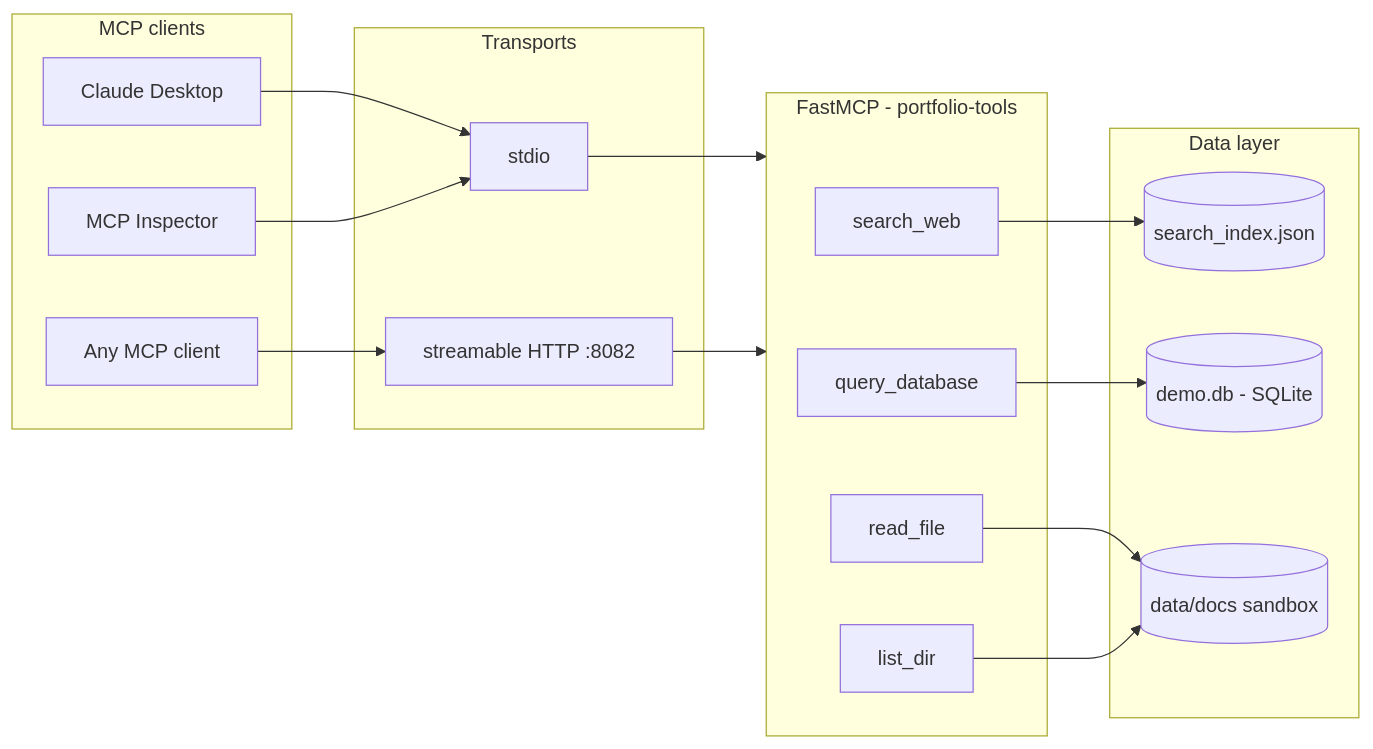
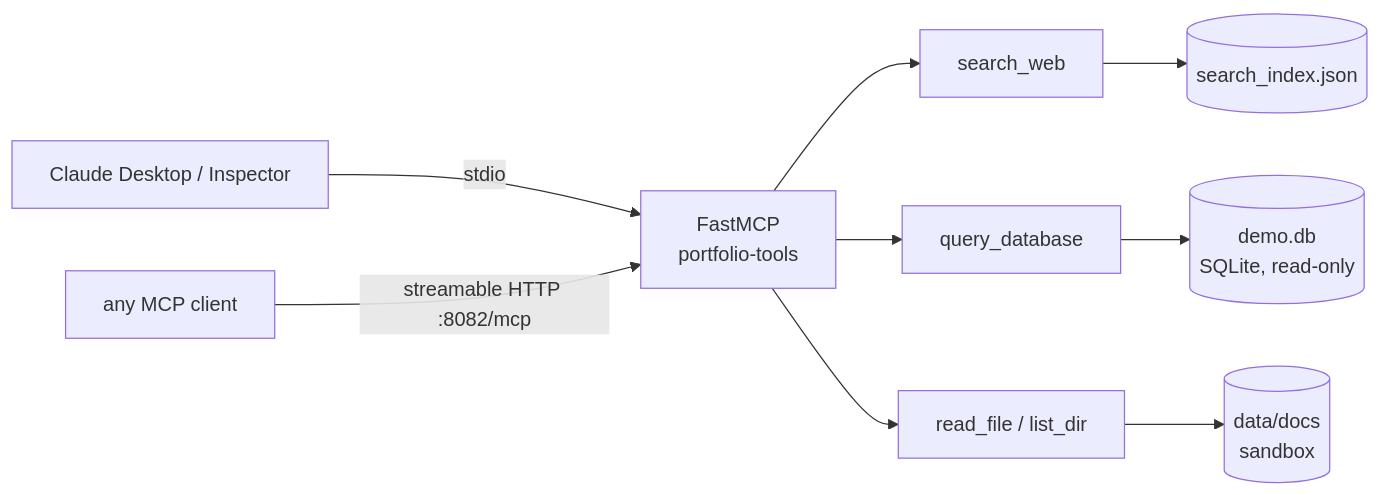
Before and after one commit to INTERpol21/mcp-tools-server: the diagram in README.md, drawn with Mermaid. The commit also changed other lines of this file, not shown here.

````diff
--- a/README.md
+++ b/README.md
@@ -30,36 +17,8 @@
 ```mermaid
 flowchart LR
-    subgraph clients["MCP clients"]
-        CD["Claude Desktop"]
-        INS["MCP Inspector"]
-        ANY["Any MCP client"]
-    end
-
-    subgraph transports["Transports"]
-        STDIO["stdio"]
-        HTTP["streamable HTTP :8082"]
-    end
-
-    subgraph server["FastMCP - portfolio-tools"]
-        SW["search_web"]
-        QD["query_database"]
-        RF["read_file"]
-        LD["list_dir"]
-    end
-
-    subgraph data["Data layer"]
-        IDX[("search_index.json")]
-        DB[("demo.db - SQLite")]
-        DOCS[("data/docs sandbox")]
-    end
-
-    CD --> STDIO
-    INS --> STDIO
-    ANY --> HTTP
-    STDIO --> server
-    HTTP --> server
-    SW --> IDX
-    QD --> DB
-    RF --> DOCS
-    LD --> DOCS
+    CD["Claude Desktop / Inspector"] -- stdio --> S["FastMCP<br/>portfolio-tools"]
+    ANY["any MCP client"] -- "streamable HTTP :8082/mcp" --> S
+    S --> SW["search_web"] --> IDX[("search_index.json")]
+    S --> QD["query_database"] --> DB[("demo.db<br/>SQLite, read-only")]
+    S --> FS["read_file / list_dir"] --> DOCS[("data/docs<br/>sandbox")]
 ```
````
